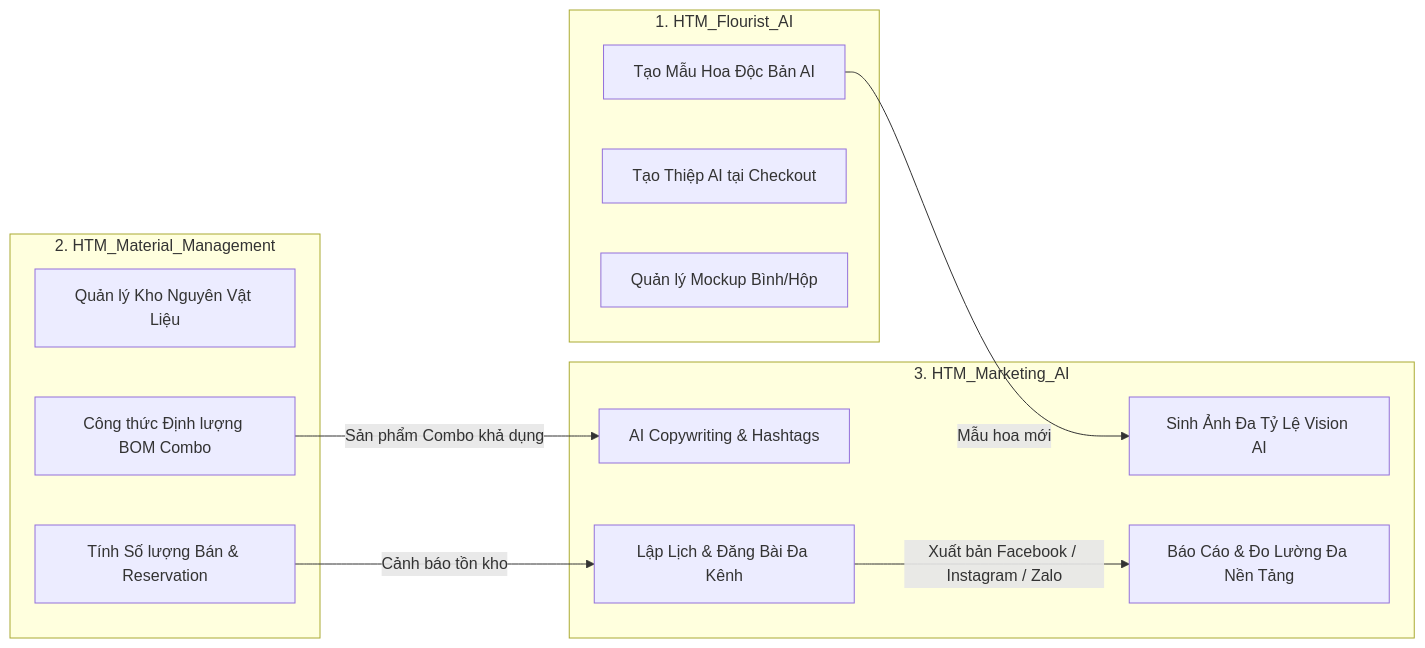
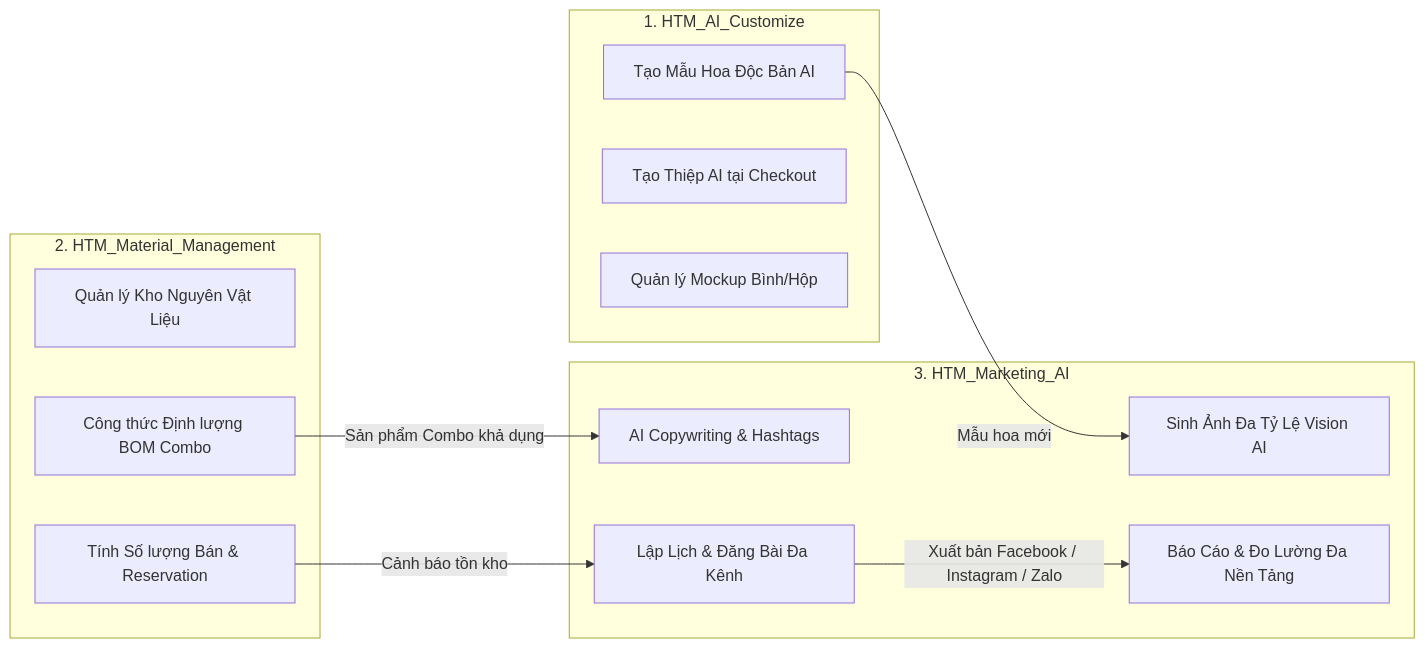
Before and after one commit to 161seconds/document-first-brief: the diagram in README.md, drawn with Mermaid. The commit also changed other lines of this file and 216 other files, not shown here.

Commit message:
docs: add user stories, TDD specifications, and unit tests for AI flower customization

````diff
--- a/README.md
+++ b/README.md
@@ -25,26 +25,26 @@
 ```mermaid
 flowchart LR
-    subgraph FlouristSubsystem["1. HTM_Flourist_AI"]
+    subgraph AICustomizeSubsystem["1. HTM_AI_Customize"]
         FA1[Tạo Mẫu Hoa Độc Bản AI]
         FA2[Tạo Thiệp AI tại Checkout]
         FA3[Quản lý Mockup Bình/Hộp]
     end
 
     subgraph MaterialSubsystem["2. HTM_Material_Management"]
         MM1[Quản lý Kho Nguyên Vật Liệu]
         MM2[Công thức Định lượng BOM Combo]
         MM3[Tính Số lượng Bán & Reservation]
     end
 
     subgraph MarketingSubsystem["3. HTM_Marketing_AI"]
         MK1[AI Copywriting & Hashtags]
         MK2[Sinh Ảnh Đa Tỷ Lệ Vision AI]
         MK3[Lập Lịch & Đăng Bài Đa Kênh]
         MK4[Báo Cáo & Đo Lường Đa Nền Tảng]
     end
 
     FA1 -->|Mẫu hoa mới| MK2
     MM2 -->|Sản phẩm Combo khả dụng| MK1
     MM3 -->|Cảnh báo tồn kho| MK3
     MK3 -->|Xuất bản Facebook / Instagram / Zalo| MK4
 ```
````
